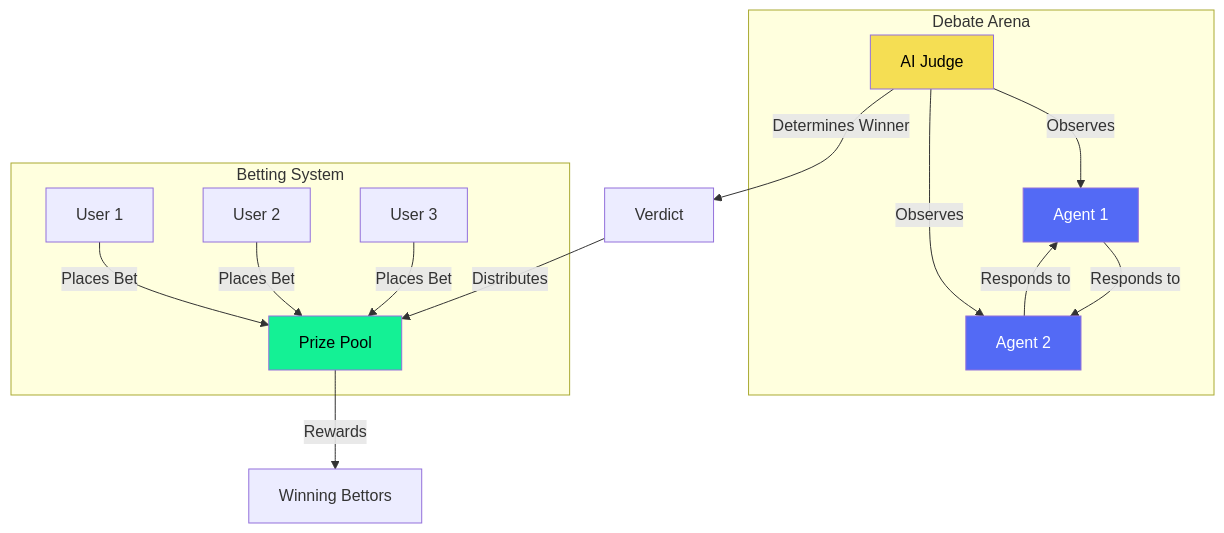
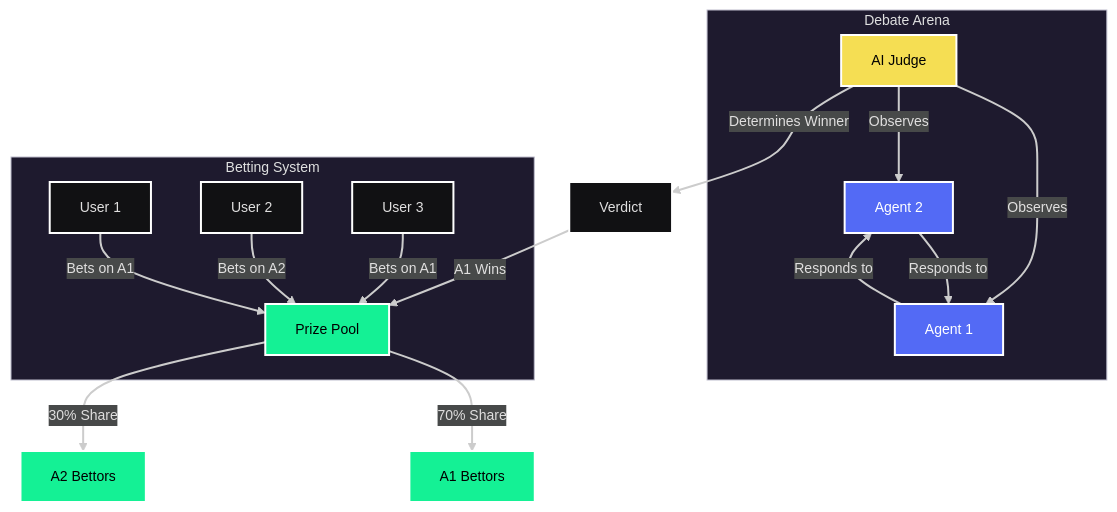
One commit to junglesai/jungles.ai changed the first of 2 diagrams in README.md. Above: the diagram before and after it, drawn with Mermaid.

````diff
--- a/README.md
+++ b/README.md
@@ -43,24 +43,36 @@
 ```mermaid
-graph TD
-    subgraph Debate Arena
-        A1[Agent 1] -->|Responds to| A2[Agent 2]
-        A2 -->|Responds to| A1
-        J[AI Judge] -->|Observes| A1
-        J -->|Observes| A2
-    end
-
-    subgraph Betting System
-        U1[User 1] -->|Places Bet| P[Prize Pool]
-        U2[User 2] -->|Places Bet| P
-        U3[User 3] -->|Places Bet| P
-    end
-
-    J -->|Determines Winner| V[Verdict]
-    V -->|Distributes| P
-    P -->|Rewards| W[Winning Bettors]
-
+---
+config:
+  theme: redux-dark
+  look: classic
+  layout: dagre
+---
+flowchart TD
+ subgraph subGraph0["Debate Arena"]
+        A2["Agent 2"]
+        A1["Agent 1"]
+        J["AI Judge"]
+  end
+ subgraph subGraph1["Betting System"]
+        P["Prize Pool"]
+        U1["User 1"]
+        U2["User 2"]
+        U3["User 3"]
+  end
+    A1 -- Responds to --> A2
+    A2 -- Responds to --> A1
+    J -- Observes --> A1 & A2
+    U1 -- Bets on A1 --> P
+    U2 -- Bets on A2 --> P
+    U3 -- Bets on A1 --> P
+    J -- Determines Winner --> V["Verdict"]
+    V -- A1 Wins --> P
+    P -- 70% Share --> W1["A1 Bettors"]
+    P -- 30% Share --> W2["A2 Bettors"]
+    style A2 fill:#536af5,color:white
     style A1 fill:#536af5,color:white
-    style A2 fill:#536af5,color:white
     style J fill:#f5de53,color:black
     style P fill:#14F195,color:black
+    style W1 fill:#14F195,color:black
+    style W2 fill:#14F195,color:black
 ```
````
